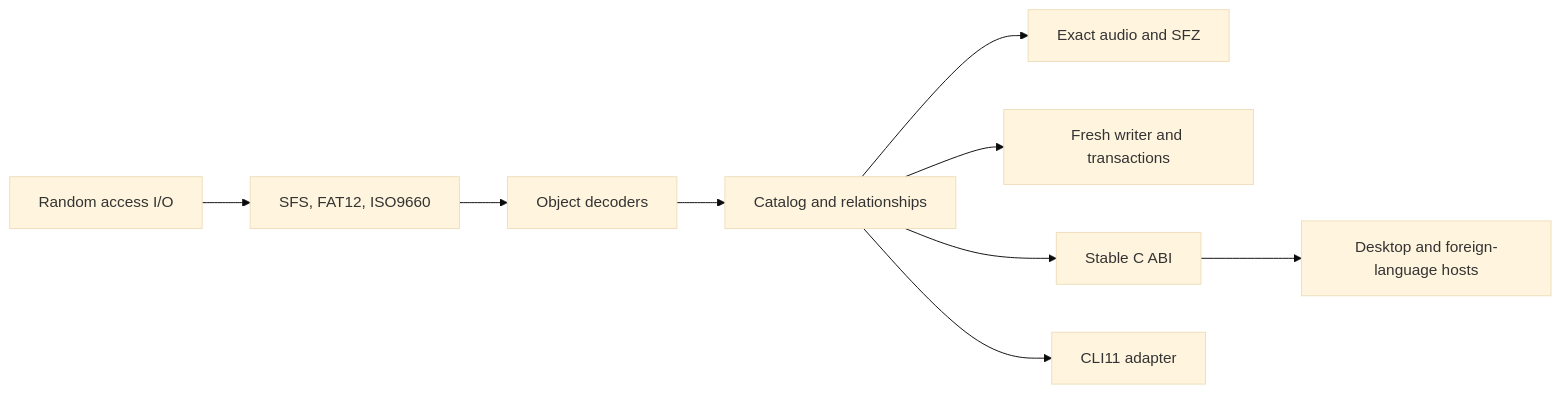
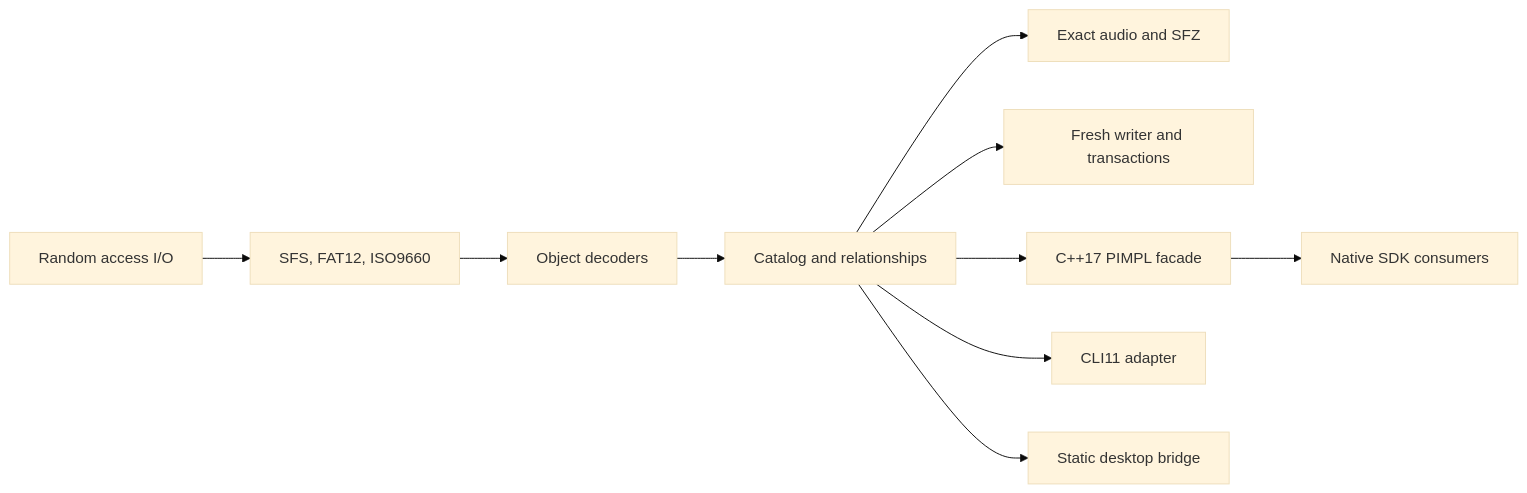
Before and after one commit to tphzz/axklib: the diagram in docs/architecture.md, drawn with Mermaid (base theme). The commit also changed other lines of this file and 455 other files, not shown here.

````diff
--- a/docs/architecture.md
+++ b/docs/architecture.md
@@ -6,11 +6,12 @@
 ```mermaid
 flowchart LR
     IO[Random access I/O] --> Media[SFS, FAT12, ISO9660]
     Media --> Objects[Object decoders]
     Objects --> Catalog[Catalog and relationships]
     Catalog --> Audio[Exact audio and SFZ]
     Catalog --> Writer[Fresh writer and transactions]
-    Catalog --> CABI[Stable C ABI]
+    Catalog --> SDK[C++17 PIMPL facade]
     Catalog --> CLI[CLI11 adapter]
-    CABI --> Host[Desktop and foreign-language hosts]
+    SDK --> Host[Native SDK consumers]
+    Catalog --> Bridge[Static desktop bridge]
 ```
````
